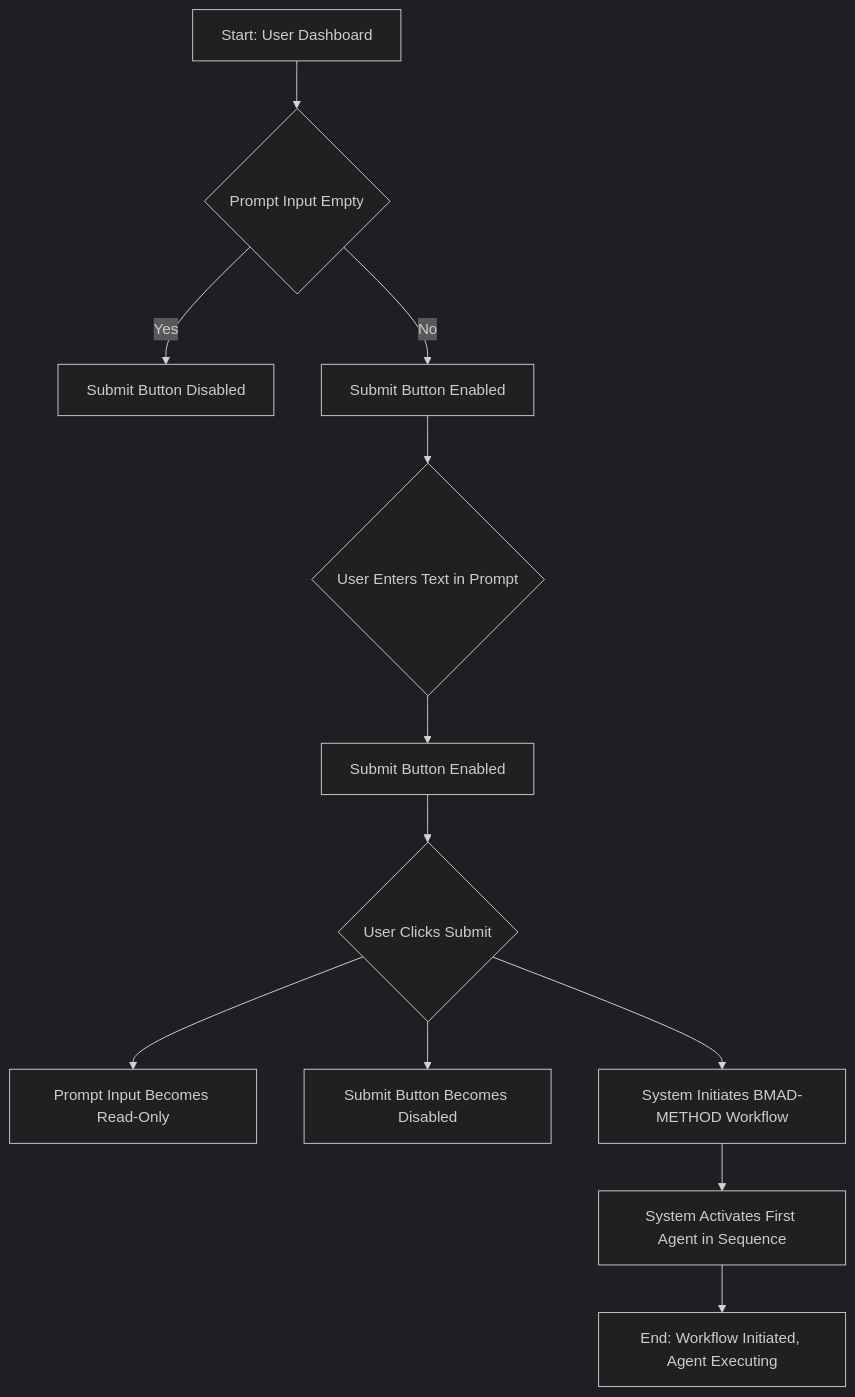
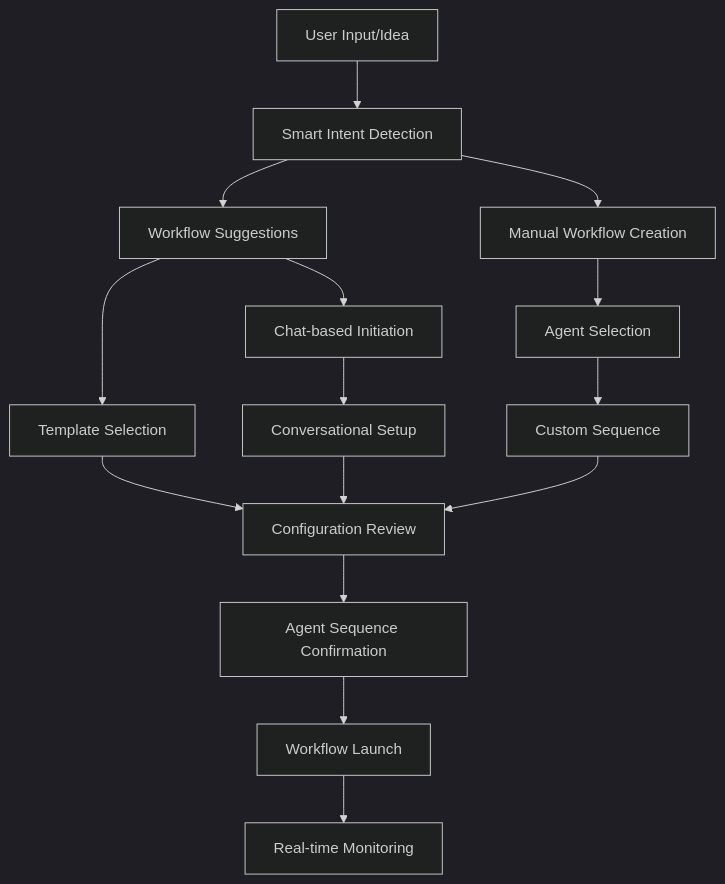
One commit to EreZAzariyA/dream-team-builder changed the second of 3 diagrams in docs/front-end-spec.md. Above: the diagram before and after it, drawn with Mermaid (dark theme). The commit also changed other lines of this file and 16 other files, not shown here.

````diff
--- a/docs/front-end-spec.md
+++ b/docs/front-end-spec.md
@@ -230,15 +107,19 @@
 ```mermaid
 graph TD
-    A[Start: User Dashboard] --> B{Prompt Input Empty};
-    B -- Yes --> C[Submit Button Disabled];
-    B -- No --> D[Submit Button Enabled];
-
-    D --> E{User Enters Text in Prompt};
-    E --> F[Submit Button Enabled];
-    F --> G{User Clicks Submit};
-    G --> H[Prompt Input Becomes Read-Only];
-    G --> I[Submit Button Becomes Disabled];
-    G --> J[System Initiates BMAD-METHOD Workflow];
-    J --> K[System Activates First Agent in Sequence];
-    K --> L[End: Workflow Initiated, Agent Executing];
+    A[User Input/Idea] --> B[Smart Intent Detection]
+    B --> C[Workflow Suggestions]
+    C --> D[Template Selection]
+    D --> E[Configuration Review]
+    E --> F[Agent Sequence Confirmation]
+    F --> G[Workflow Launch]
+    G --> H[Real-time Monitoring]
+    
+    B --> I[Manual Workflow Creation]
+    I --> J[Agent Selection]
+    J --> K[Custom Sequence]
+    K --> E
+    
+    C --> L[Chat-based Initiation]
+    L --> M[Conversational Setup]
+    M --> E
 ```
````
